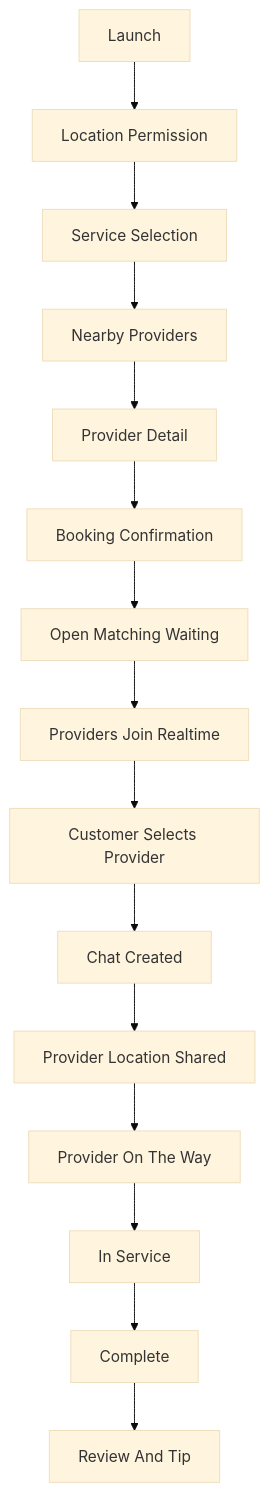
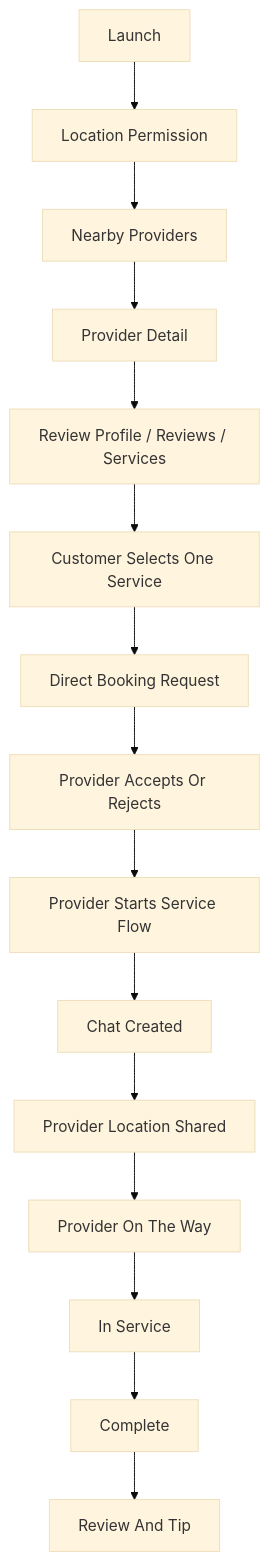
One commit to cooluki7709-crypto/massage changed the first of 3 diagrams in docs/flows/ux-flow-map.md. Above: the diagram before and after it, drawn with Mermaid (base theme). The commit also changed other lines of this file and 9 other files, not shown here.

Commit message:
feat(flow): pivot phase1 to direct provider booking

````diff
--- a/docs/flows/ux-flow-map.md
+++ b/docs/flows/ux-flow-map.md
@@ -37,17 +37,17 @@
 ```mermaid
 flowchart TD
   A["Launch"] --> B["Location Permission"]
-  B --> C["Service Selection"]
-  C --> D["Nearby Providers"]
-  D --> E["Provider Detail"]
-  E --> F["Booking Confirmation"]
-  F --> G["Open Matching Waiting"]
-  G --> H["Providers Join Realtime"]
-  H --> I["Customer Selects Provider"]
+  B --> C["Nearby Providers"]
+  C --> D["Provider Detail"]
+  D --> E["Review Profile / Reviews / Services"]
+  E --> F["Customer Selects One Service"]
+  F --> G["Direct Booking Request"]
+  G --> H["Provider Accepts Or Rejects"]
+  H --> I["Provider Starts Service Flow"]
   I --> J["Chat Created"]
   J --> K["Provider Location Shared"]
   K --> L["Provider On The Way"]
   L --> M["In Service"]
   M --> N["Complete"]
   N --> O["Review And Tip"]
 ```
````
